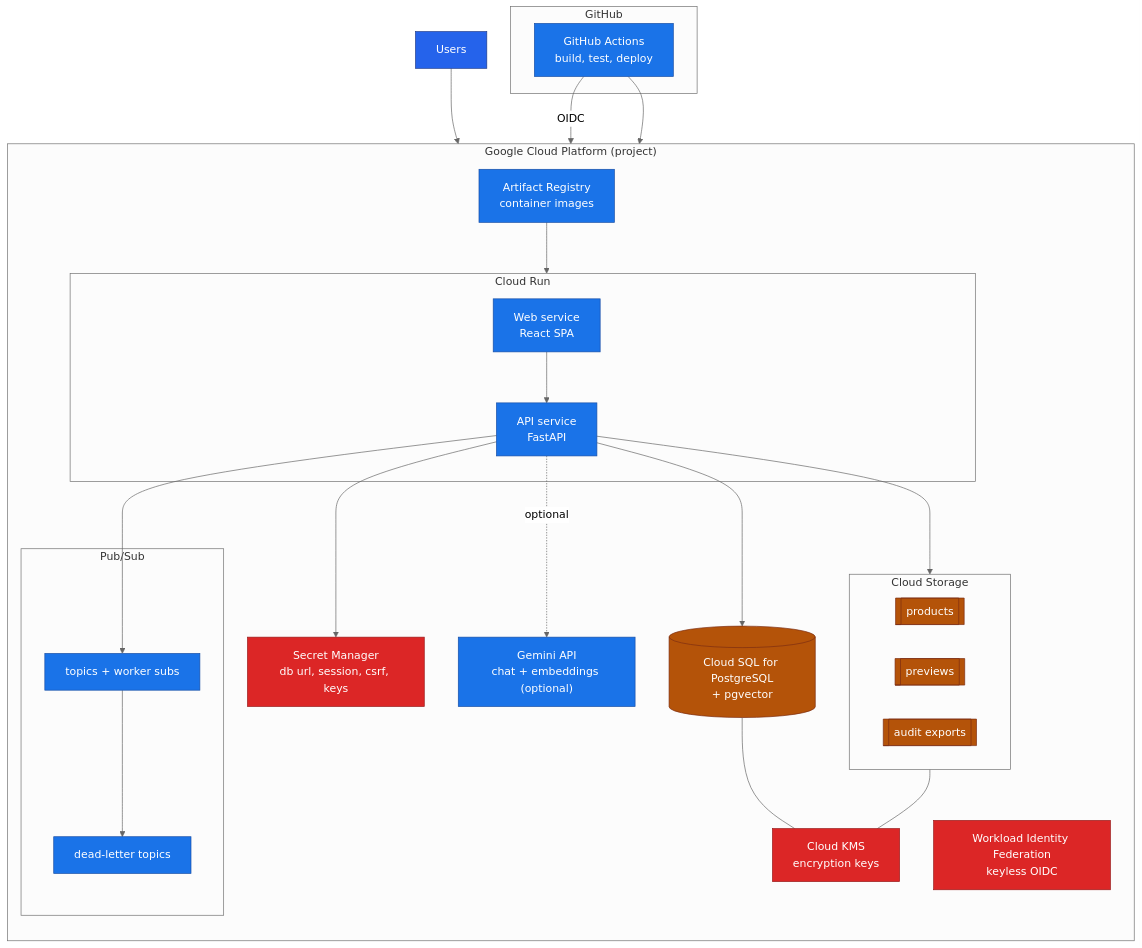
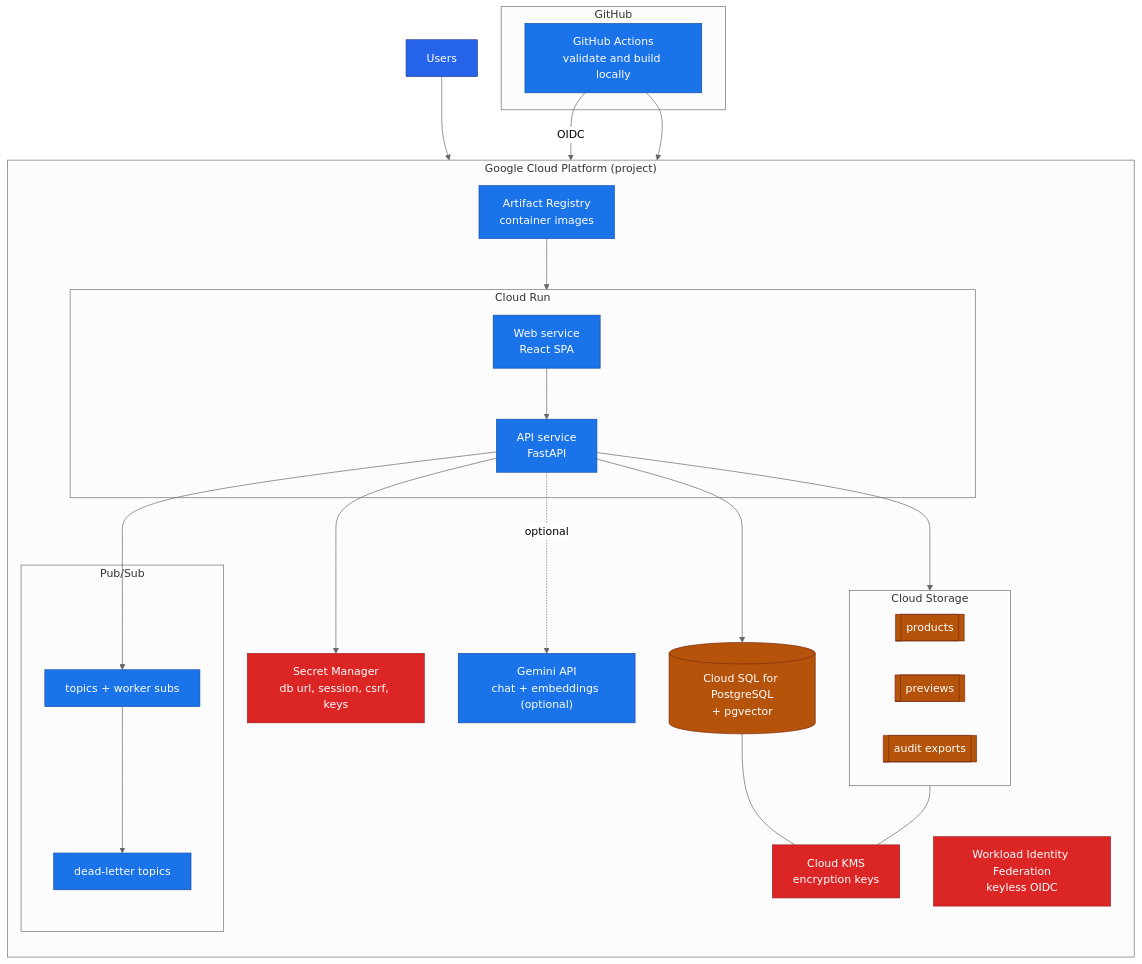
The second of 2 diagrams in docs/ARCHITECTURE_DEPLOYMENT.md (ShabalalaWATP/Coeus), drawn with Mermaid (neutral theme) before and after one commit. The commit also changed other lines of this file and 370 other files, not shown here.

````diff
--- a/docs/ARCHITECTURE_DEPLOYMENT.md
+++ b/docs/ARCHITECTURE_DEPLOYMENT.md
@@ -62,52 +62,52 @@
 ```mermaid
 flowchart TB
     subgraph gh["GitHub"]
-        GHA["GitHub Actions<br/>build, test, deploy"]
+        GHA["GitHub Actions<br/>validate and build locally"]
     end
 
     subgraph gcp["Google Cloud Platform (project)"]
         direction TB
         WIF["Workload Identity Federation<br/>keyless OIDC"]
         AR["Artifact Registry<br/>container images"]
 
         subgraph run["Cloud Run"]
             WEBSVC["Web service<br/>React SPA"]
             APISVC["API service<br/>FastAPI"]
         end
 
         SQL[("Cloud SQL for PostgreSQL<br/>+ pgvector")]
         subgraph buckets["Cloud Storage"]
             BPROD[["products"]]
             BPREV[["previews"]]
             BAUD[["audit exports"]]
         end
         subgraph msg["Pub/Sub"]
             TOPIC["topics + worker subs"]
             DLQ["dead-letter topics"]
         end
         SM["Secret Manager<br/>db url, session, csrf, keys"]
         KMS["Cloud KMS<br/>encryption keys"]
         GEMINI["Gemini API<br/>chat + embeddings (optional)"]
     end
 
     USERS["Users"] --> WEBSVC --> APISVC
     GHA -->|OIDC| WIF
     GHA --> AR --> run
     APISVC --> SQL
     APISVC --> buckets
     APISVC --> TOPIC
     TOPIC --> DLQ
     APISVC --> SM
     APISVC -.optional.-> GEMINI
     SQL --- KMS
     buckets --- KMS
 
     classDef actor fill:#2563eb,stroke:#1e3a8a,color:#fff,stroke-width:1px
     classDef gcp fill:#1a73e8,stroke:#174ea6,color:#fff,stroke-width:1px
     classDef data fill:#b45309,stroke:#7c2d12,color:#fff,stroke-width:1px
     classDef sec fill:#dc2626,stroke:#991b1b,color:#fff,stroke-width:1px
     class USERS actor
     class WEBSVC,APISVC,AR,TOPIC,DLQ,GEMINI,GHA gcp
     class SQL,BPROD,BPREV,BAUD data
     class WIF,SM,KMS sec
 ```
````
